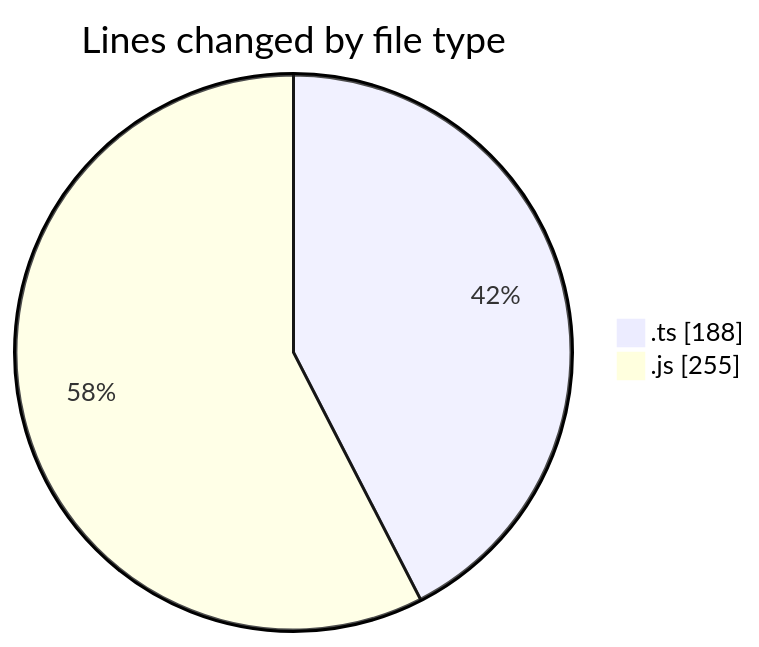
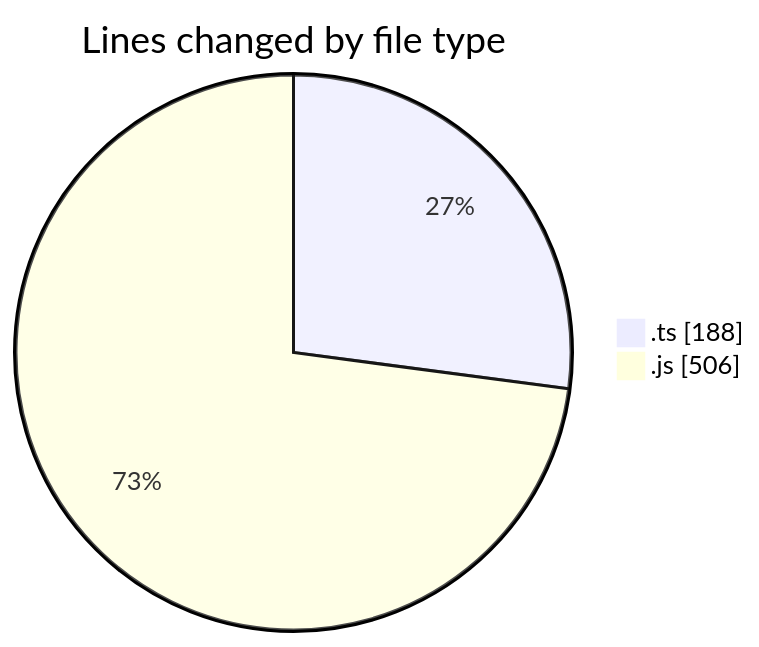
Before and after one commit to momahboobian/code-tracking: the first of 2 diagrams in 2025-03-12/cda/README.md, drawn with Mermaid. The commit also changed other lines of this file and 1 other file, not shown here.

````diff
--- a/2025-03-12/cda/README.md
+++ b/2025-03-12/cda/README.md
@@ -25,6 +25,6 @@
 ```mermaid
 pie showData
 title Lines changed by file type
 ".ts" : 188
-".js" : 255
+".js" : 506
 ```
````
